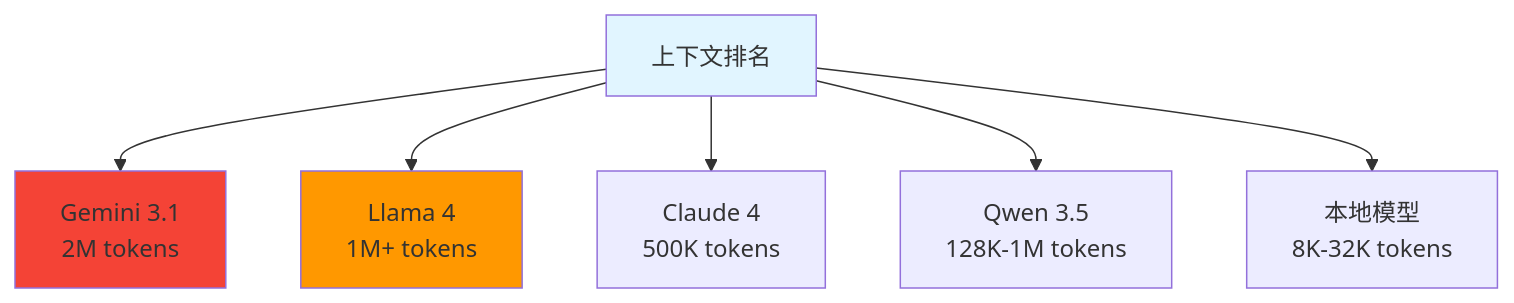
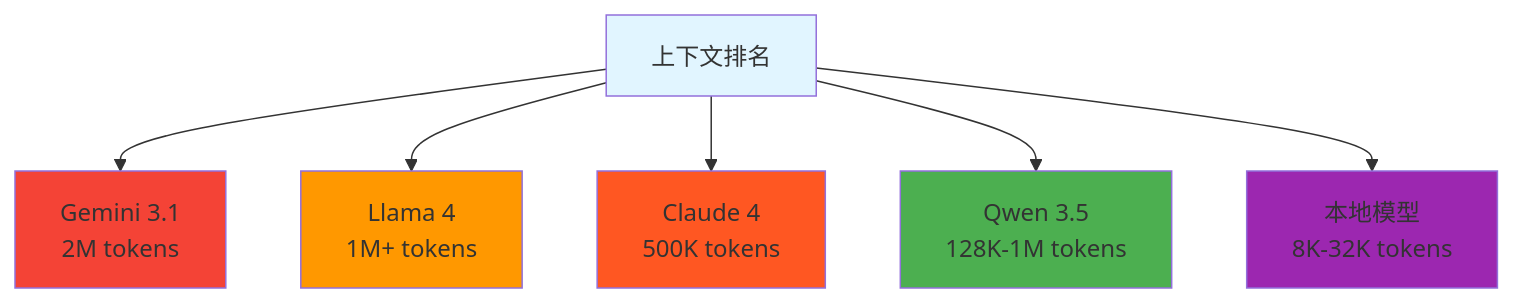
The second of 4 diagrams in concepts/context.md (Jasper-Wynn/agent-doc), drawn with Mermaid before and after one commit. The commit also changed 3 other files, not shown here.

First line of the commit message:
fix: remove extra quotes in mermaid style declarations

````diff
--- a/concepts/context.md
+++ b/concepts/context.md
@@ -25,15 +25,15 @@
 ```mermaid
 flowchart TD
     A[上下文排名] --> B["Gemini 3.1<br/>2M tokens"]
     A --> C["Llama 4<br/>1M+ tokens"]
     A --> D["Claude 4<br/>500K tokens"]
     A --> E["Qwen 3.5<br/>128K-1M tokens"]
     A --> F["本地模型<br/>8K-32K tokens"]
 
     style A fill:#e1f5ff
     style B fill:#f44336
     style C fill:#ff9800
-    style D fill:#ff5722"
-    style E fill:#4caf50"
-    style F fill:#9c27b0"
+    style D fill:#ff5722
+    style E fill:#4caf50
+    style F fill:#9c27b0
 ```
````
